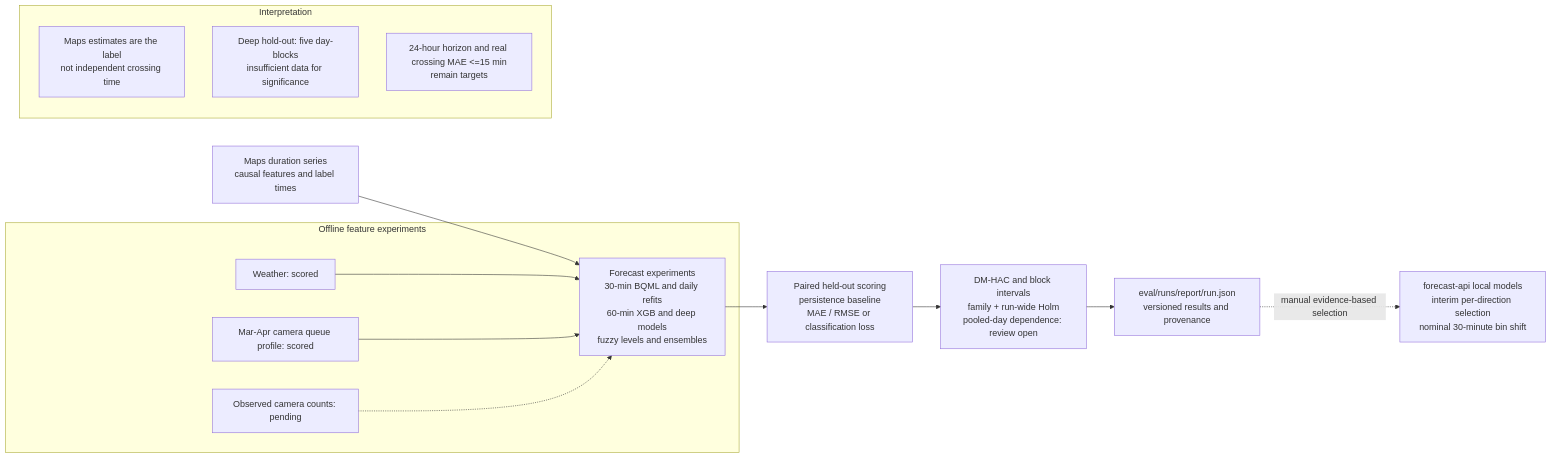
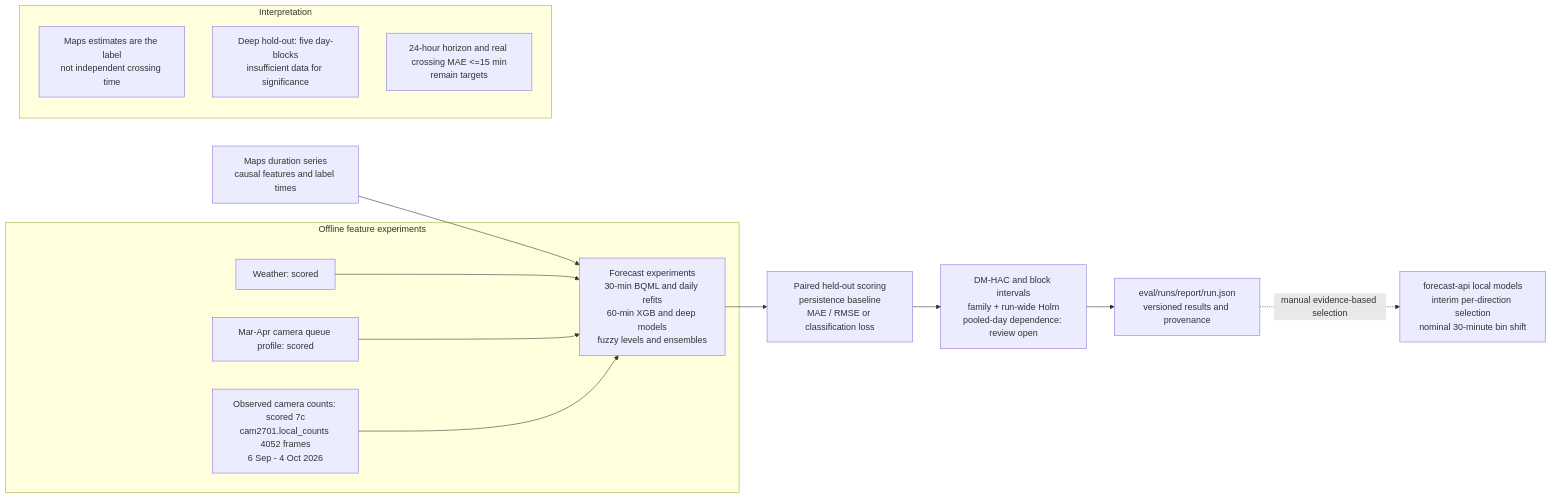
Before and after one commit to sozuken-max/swiftborder: the second of 2 diagrams in docs/evaluation.md, drawn with Mermaid. The commit also changed other lines of this file and 6 other files, not shown here.

````diff
--- a/docs/evaluation.md
+++ b/docs/evaluation.md
@@ -174,18 +174,18 @@
 ```mermaid
 flowchart LR
   DATA["Maps duration series<br/>causal features and label times"] --> MODELS["Forecast experiments<br/>30-min BQML and daily refits<br/>60-min XGB and deep models<br/>fuzzy levels and ensembles"]
   MODELS --> SCORE["Paired held-out scoring<br/>persistence baseline<br/>MAE / RMSE or classification loss"]
   SCORE --> SIG["DM-HAC and block intervals<br/>family + run-wide Holm<br/>pooled-day dependence: review open"]
   SIG --> REPORT["eval/runs/report/run.json<br/>versioned results and provenance"]
   REPORT -.->|"manual evidence-based selection"| SERVE["forecast-api local models<br/>interim per-direction selection<br/>nominal 30-minute bin shift"]
   subgraph INPUTS["Offline feature experiments"]
     WX["Weather: scored"] --> MODELS
     PROFILE["Mar-Apr camera queue profile: scored"] --> MODELS
-    CAMERA["Observed camera counts: pending"] -.-> MODELS
+    CAMERA["Observed camera counts: scored 7c<br/>cam2701.local_counts 4052 frames<br/>6 Sep - 4 Oct 2026"] --> MODELS
   end
   subgraph LIMITS["Interpretation"]
     L1["Maps estimates are the label<br/>not independent crossing time"]
     L2["Deep hold-out: five day-blocks<br/>insufficient data for significance"]
     L3["24-hour horizon and real crossing MAE <=15 min<br/>remain targets"]
   end
 ```
````
